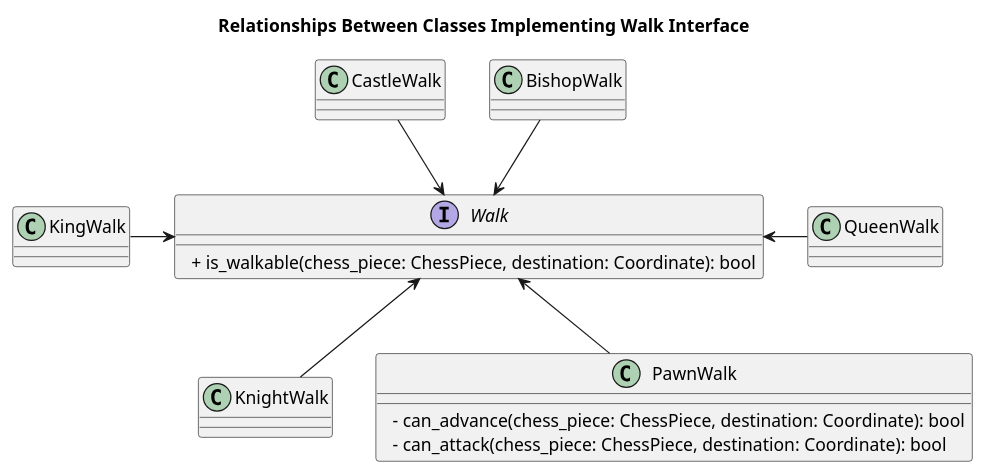
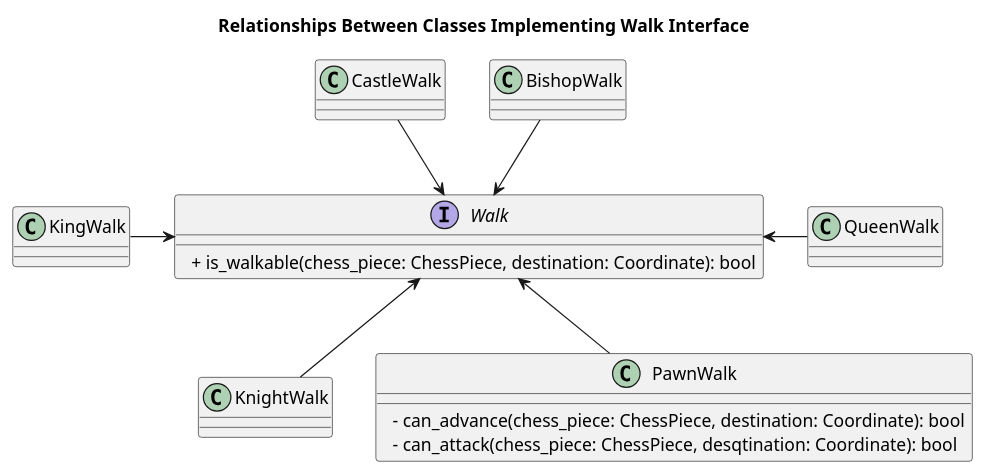
Before and after one commit to banjilawal/chessbot: the first of 2 diagrams in src/chess/walk/walk_pkg_info.md, drawn with PlantUML. The commit also changed 8 other files, not shown here.

````diff
--- a/src/chess/walk/walk_pkg_info.md
+++ b/src/chess/walk/walk_pkg_info.md
@@ -14,29 +14,29 @@
 ```plantuml
     @startuml
     title Relationships Between Classes Implementing Walk Interface
     
     Interface Walk {
       + is_walkable(chess_piece: ChessPiece, destination: Coordinate): bool
     }
     
     Class KingWalk {}
     Class QueenWalk {}
     Class KnightWalk {}
     Class BishopWalk {}
     Class CastleWalk {}
     Class PawnWalk {
       - can_advance(chess_piece: ChessPiece, destination: Coordinate): bool
-      - can_attack(chess_piece: ChessPiece, destination: Coordinate): bool
+      - can_attack(chess_piece: ChessPiece, desqtination: Coordinate): bool
     }
     
     Walk <-left- KingWalk
     Walk <-right- QueenWalk
     
     Walk <-up- BishopWalk
     Walk <-up- CastleWalk
     
     Walk <-Down- KnightWalk
     Walk <-Down- PawnWalk
     
     @enduml
 ```
````
